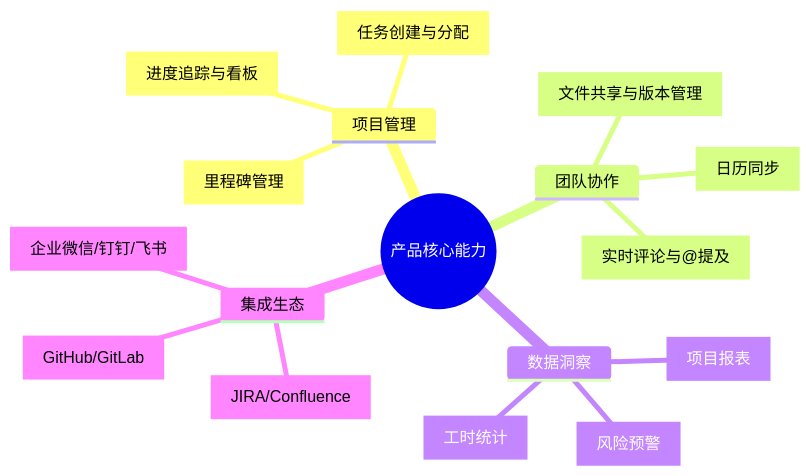
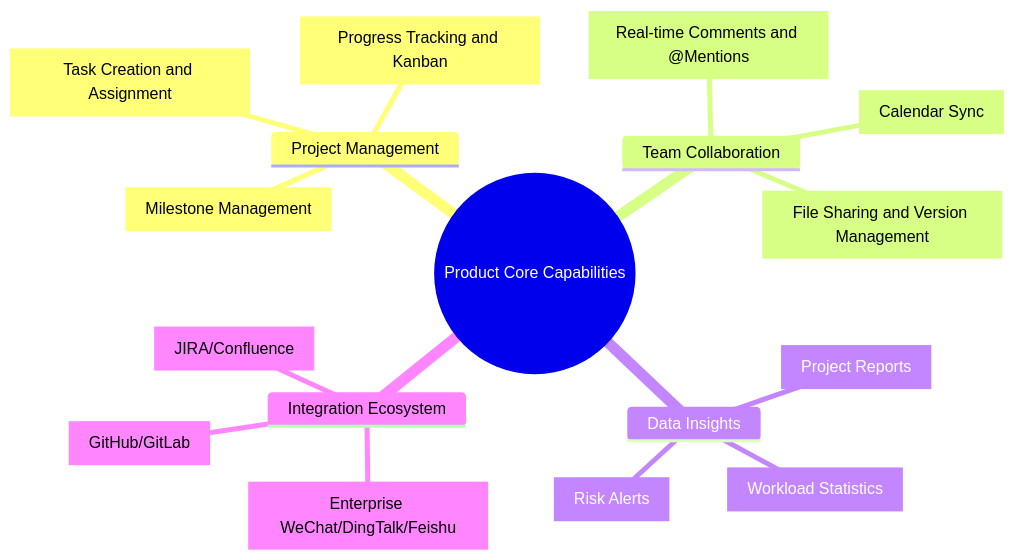
One commit to Kirky-X/cangjie changed the second of 7 diagrams in templates/产品/运营层/【模板】用户手册.md. Above: the diagram before and after it, drawn with Mermaid. The commit also changed other lines of this file and 60 other files, not shown here.

````diff
--- a/templates/产品/运营层/【模板】用户手册.md
+++ b/templates/产品/运营层/【模板】用户手册.md
@@ -101,20 +101,20 @@
 ```mermaid
 mindmap
-  root((产品核心能力))
-    项目管理
-      [任务创建与分配]
-      [进度追踪与看板]
-      [里程碑管理]
-    团队协作
-      [实时评论与@提及]
-      [文件共享与版本管理]
-      [日历同步]
-    数据洞察
-      [项目报表]
-      [工时统计]
-      [风险预警]
-    集成生态
-      [企业微信/钉钉/飞书]
+  root((Product Core Capabilities))
+    Project Management
+      [Task Creation and Assignment]
+      [Progress Tracking and Kanban]
+      [Milestone Management]
+    Team Collaboration
+      [Real-time Comments and @Mentions]
+      [File Sharing and Version Management]
+      [Calendar Sync]
+    Data Insights
+      [Project Reports]
+      [Workload Statistics]
+      [Risk Alerts]
+    Integration Ecosystem
+      [Enterprise WeChat/DingTalk/Feishu]
       [GitHub/GitLab]
       [JIRA/Confluence]
 ```
````
